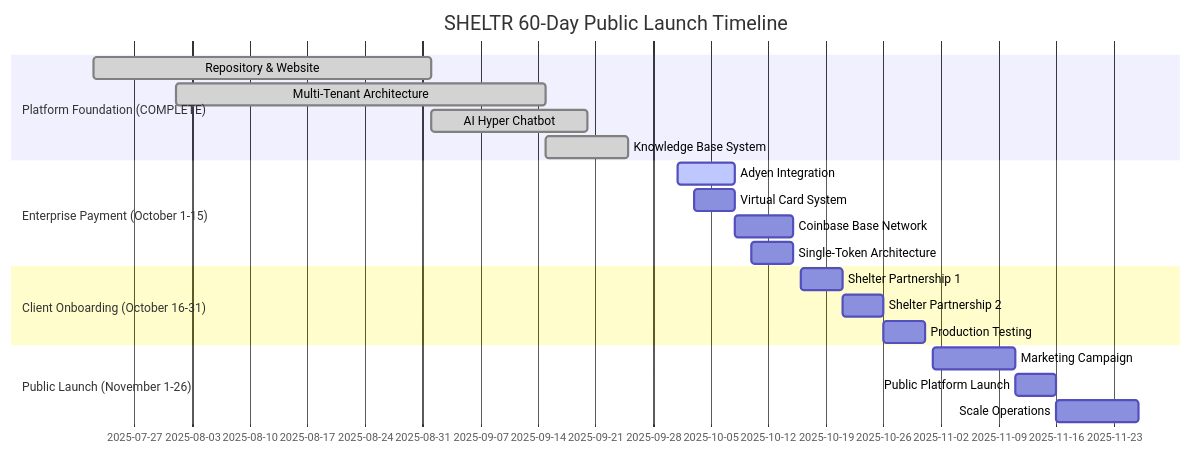
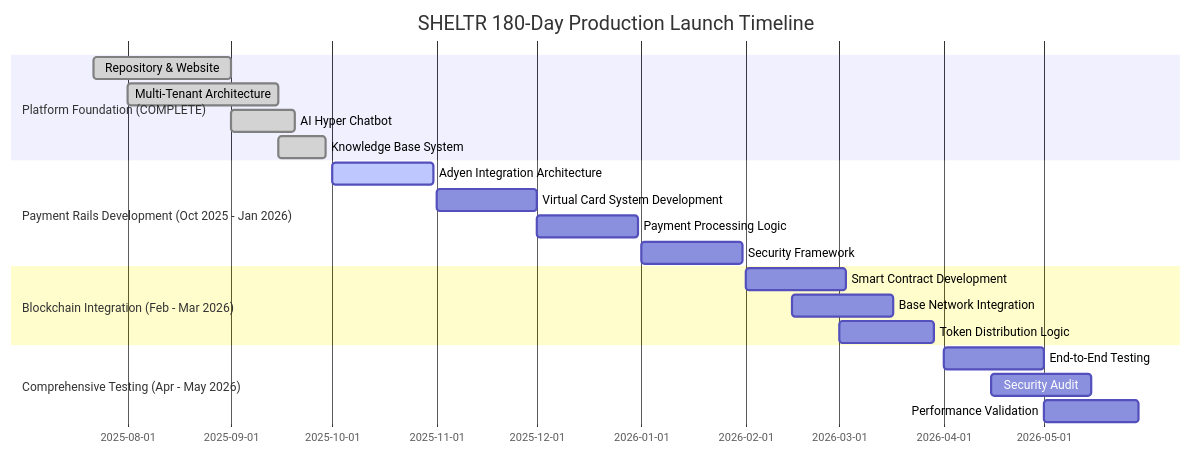
Before and after one commit to mrj0nesmtl/sheltr-ai: the diagram in docs/04-development/dev-roadmap.md, drawn with Mermaid. The commit also changed other lines of this file and 1 other file, not shown here.

First line of the commit message:
feat: extend development roadmap to realistic 180-day timeline

````diff
--- a/docs/04-development/dev-roadmap.md
+++ b/docs/04-development/dev-roadmap.md
@@ -27,23 +27,23 @@
 ```mermaid
 gantt
-    title SHELTR 60-Day Public Launch Timeline
+    title SHELTR 180-Day Production Launch Timeline
     dateFormat  YYYY-MM-DD
     section Platform Foundation (COMPLETE)
     Repository & Website     :done, 2025-07-22, 2025-09-01
     Multi-Tenant Architecture :done, 2025-08-01, 2025-09-15
     AI Hyper Chatbot        :done, 2025-09-01, 2025-09-20
-    Knowledge Base System   :done, 2025-09-15, 2025-09-25
-    section Enterprise Payment (October 1-15)
-    Adyen Integration       :active, 2025-10-01, 7d
-    Virtual Card System     :2025-10-03, 5d
-    Coinbase Base Network   :2025-10-08, 7d
-    Single-Token Architecture :2025-10-10, 5d
-    section Client Onboarding (October 16-31)
-    Shelter Partnership 1   :2025-10-16, 5d
-    Shelter Partnership 2   :2025-10-21, 5d
-    Production Testing      :2025-10-26, 5d
-    section Public Launch (November 1-26)
-    Marketing Campaign      :2025-11-01, 10d
-    Public Platform Launch  :2025-11-11, 5d
-    Scale Operations       :2025-11-16, 10d
+    Knowledge Base System   :done, 2025-09-15, 2025-09-29
+    section Payment Rails Development (Oct 2025 - Jan 2026)
+    Adyen Integration Architecture :active, 2025-10-01, 30d
+    Virtual Card System Development :2025-11-01, 30d
+    Payment Processing Logic :2025-12-01, 30d
+    Security Framework      :2026-01-01, 30d
+    section Blockchain Integration (Feb - Mar 2026)
+    Smart Contract Development :2026-02-01, 30d
+    Base Network Integration :2026-02-15, 30d
+    Token Distribution Logic :2026-03-01, 28d
+    section Comprehensive Testing (Apr - May 2026)
+    End-to-End Testing      :2026-04-01, 30d
+    Security Audit          :2026-04-15, 30d
+    Performance Validation  :2026-05-01, 28d
 ```
````
